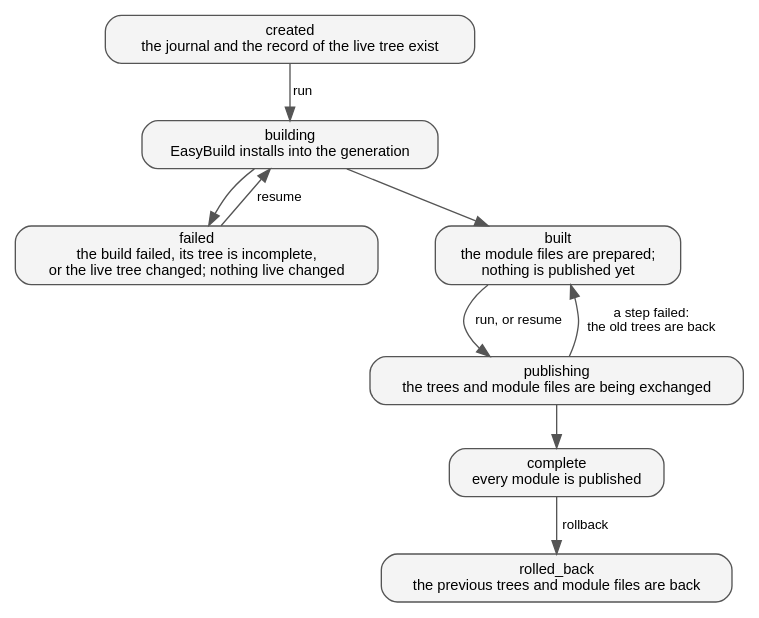
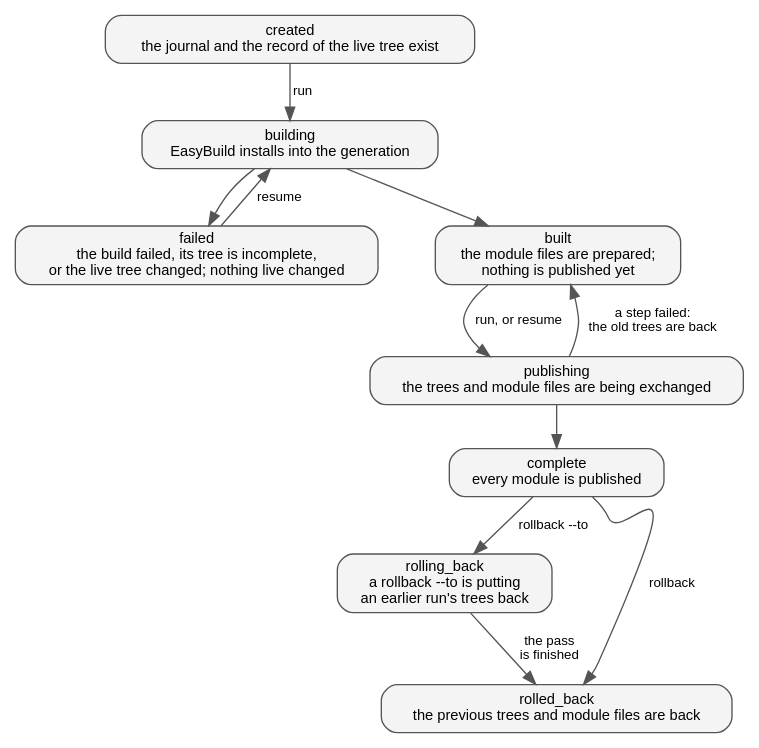
The diagram in docs/orgmode/explanation/figures/states.dot (stackhands/eb-staged-rebuild), drawn with Graphviz before and after one commit. The commit also changed 23 other files, not shown here.

```diff
--- a/docs/orgmode/explanation/figures/states.dot
+++ b/docs/orgmode/explanation/figures/states.dot
@@ -1,23 +1,26 @@
 // The states of a run's journal, and the commands that move it on.
 digraph states {
     graph [bgcolor="white", rankdir=TB, nodesep=0.6, ranksep=0.45, fontname="Helvetica"];
     node [shape=box, style="rounded,filled", fillcolor="#f4f4f4", color="#555555", fontname="Helvetica", fontsize=11];
     edge [color="#555555", fontname="Helvetica", fontsize=10];
 
     created [label="created\nthe journal and the record of the live tree exist"];
     building [label="building\nEasyBuild installs into the generation"];
     failed [label="failed\nthe build failed, its tree is incomplete,\nor the live tree changed; nothing live changed"];
     built [label="built\nthe module files are prepared;\nnothing is published yet"];
     publishing [label="publishing\nthe trees and module files are being exchanged"];
     complete [label="complete\nevery module is published"];
+    rolling_back [label="rolling_back\na rollback --to is putting\nan earlier run's trees back"];
     rolled_back [label="rolled_back\nthe previous trees and module files are back"];
 
     created -> building [label=" run"];
     building -> failed;
     building -> built;
     failed -> building [label=" resume"];
     built -> publishing [label=" run, or resume"];
     publishing -> built [label=" a step failed:\n the old trees are back"];
     publishing -> complete;
     complete -> rolled_back [label=" rollback"];
+    complete -> rolling_back [label=" rollback --to"];
+    rolling_back -> rolled_back [label=" the pass\n is finished"];
 }
```
